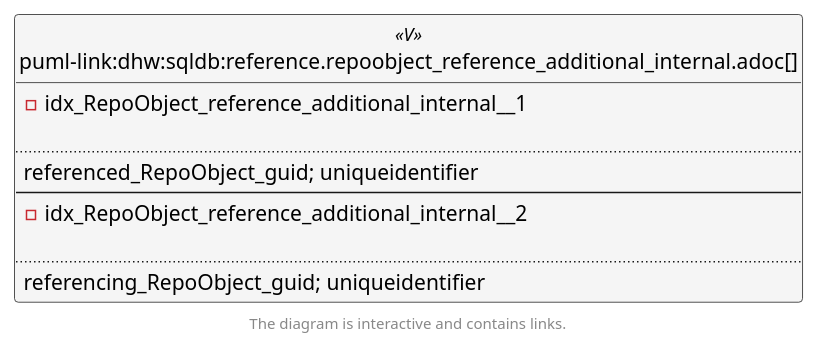
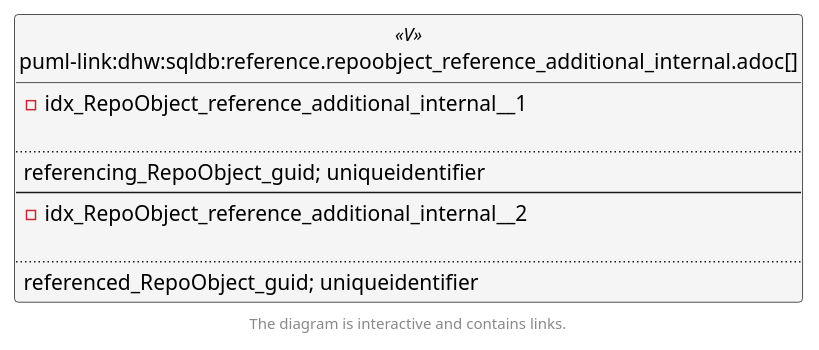
The second of 6 diagrams in docs/modules/sqldb/partials/content/reference.repoobject_reference_additional_internal.adoc (DataHandwerk/dhw-antora-sqldb), drawn with PlantUML before and after one commit. The commit also changed other lines of this file and 701 other files, not shown here.

```diff
--- a/docs/modules/sqldb/partials/content/reference.repoobject_reference_additional_internal.adoc
+++ b/docs/modules/sqldb/partials/content/reference.repoobject_reference_additional_internal.adoc
@@ -818,48 +818,48 @@
 [plantuml, entity_1_1_fk-{docname}, svg, subs=macros]
 ....
 @startuml
 left to right direction
 'top to bottom direction
 hide circle
 'avoide "." issues:
 set namespaceSeparator none
 
 
 skinparam class {
   BackgroundColor White
   BackgroundColor<<FN>> Yellow
   BackgroundColor<<FS>> Yellow
   BackgroundColor<<FT>> LightGray
   BackgroundColor<<IF>> Yellow
   BackgroundColor<<IS>> Yellow
   BackgroundColor<<P>>  Aqua
   BackgroundColor<<PC>> Aqua
   BackgroundColor<<SN>> Yellow
   BackgroundColor<<SO>> SlateBlue
   BackgroundColor<<TF>> LightGray
   BackgroundColor<<TR>> Tomato
   BackgroundColor<<U>>  White
   BackgroundColor<<V>>  WhiteSmoke
   BackgroundColor<<X>>  Aqua
   BackgroundColor<<external>> AliceBlue
 }
 
 
 entity "puml-link:dhw:sqldb:reference.repoobject_reference_additional_internal.adoc[]" as reference.RepoObject_reference_additional_internal << V >> {
 - idx_RepoObject_reference_additional_internal__1
 
 ..
-referenced_RepoObject_guid; uniqueidentifier
+referencing_RepoObject_guid; uniqueidentifier
 --
 - idx_RepoObject_reference_additional_internal__2
 
 ..
-referencing_RepoObject_guid; uniqueidentifier
+referenced_RepoObject_guid; uniqueidentifier
 }
 
 
 
 footer The diagram is interactive and contains links.
 
 @enduml
 ....
```
